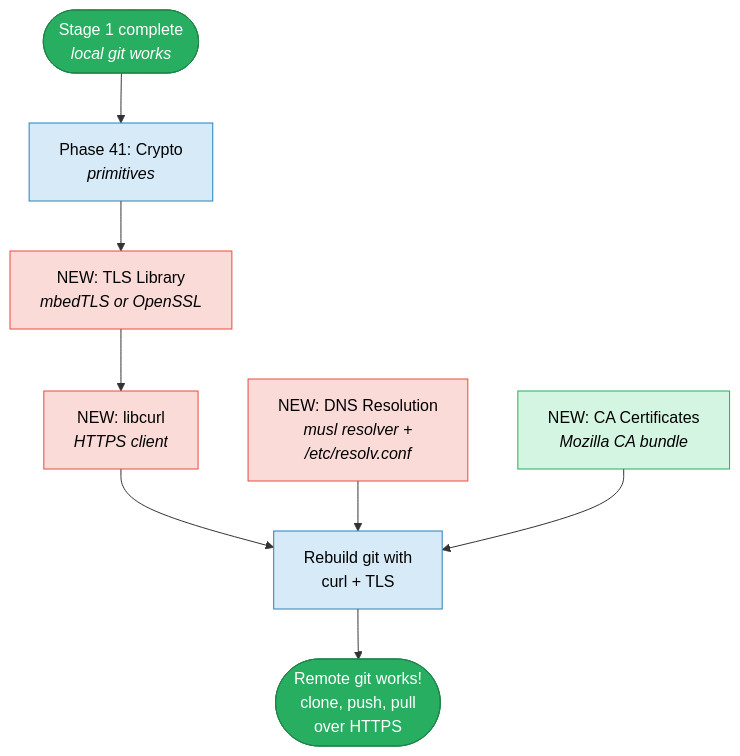
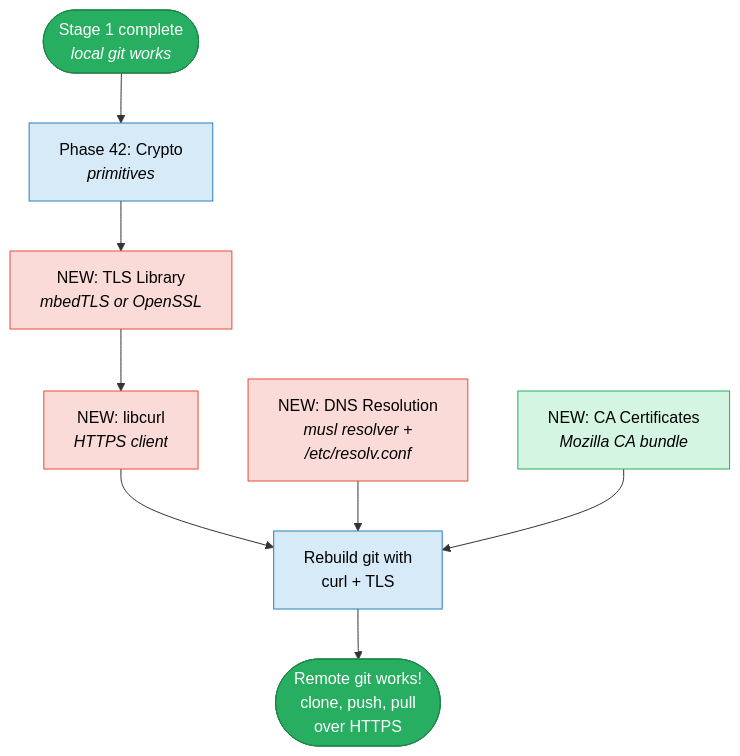
The fifth of 6 diagrams in docs/git-roadmap.md (mikecubed/m3OS), drawn with Mermaid before and after one commit. The commit also changed other lines of this file and 34 other files, not shown here.

````diff
--- a/docs/git-roadmap.md
+++ b/docs/git-roadmap.md
@@ -507,29 +507,29 @@
 ```mermaid
 flowchart TD
     S1(["Stage 1 complete<br/><i>local git works</i>"])
 
-    P41["Phase 41: Crypto<br/><i>primitives</i>"]
+    P42["Phase 42: Crypto<br/><i>primitives</i>"]
     TLS["NEW: TLS Library<br/><i>mbedTLS or OpenSSL</i>"]
     DNS["NEW: DNS Resolution<br/><i>musl resolver +<br/>/etc/resolv.conf</i>"]
     CURL["NEW: libcurl<br/><i>HTTPS client</i>"]
     CA["NEW: CA Certificates<br/><i>Mozilla CA bundle</i>"]
     REBUILD["Rebuild git with<br/>curl + TLS"]
     DONE(["Remote git works!<br/>clone, push, pull<br/>over HTTPS"])
 
-    S1 --> P41
-    P41 --> TLS
+    S1 --> P42
+    P42 --> TLS
     TLS --> CURL
     CURL --> REBUILD
     DNS --> REBUILD
     CA --> REBUILD
     REBUILD --> DONE
 
     style S1 fill:#27ae60,stroke:#1e8449,color:#fff
-    style P41 fill:#d6eaf8,stroke:#2980b9,color:#000
+    style P42 fill:#d6eaf8,stroke:#2980b9,color:#000
     style TLS fill:#fadbd8,stroke:#e74c3c,color:#000
     style DNS fill:#fadbd8,stroke:#e74c3c,color:#000
     style CURL fill:#fadbd8,stroke:#e74c3c,color:#000
     style CA fill:#d5f5e3,stroke:#27ae60,color:#000
     style REBUILD fill:#d6eaf8,stroke:#2980b9,color:#000
     style DONE fill:#27ae60,stroke:#1e8449,color:#fff
 ```
````
